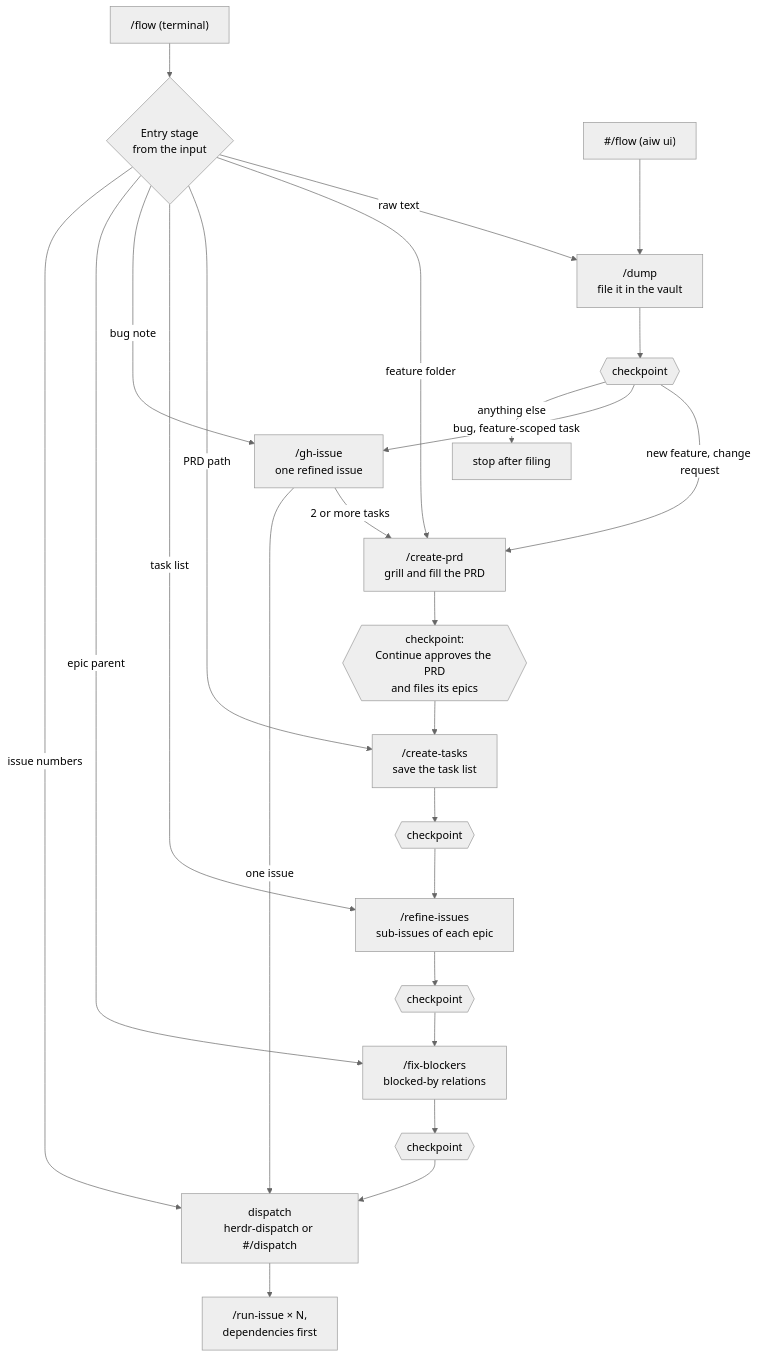
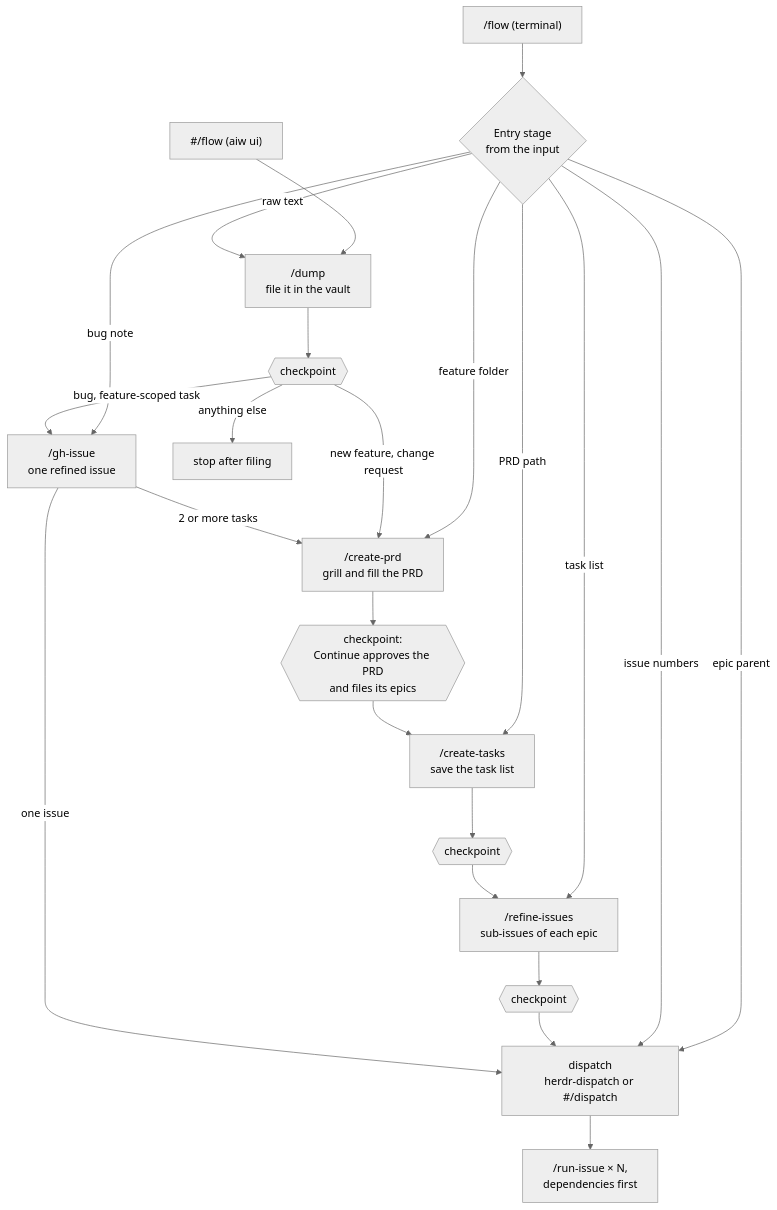
Before and after one commit to masnun-siam/ai-workflow: the third of 3 diagrams in docs/HOW-IT-WORKS.md, drawn with Mermaid (neutral theme). The commit also changed other lines of this file and 12 other files, not shown here.

First line of the commit message:
feat(flow): drop the Blockers step; refine-issues hands the epic to dispatch

````diff
--- a/docs/HOW-IT-WORKS.md
+++ b/docs/HOW-IT-WORKS.md
@@ -392,27 +392,25 @@
 ```mermaid
 flowchart TD
     CLI["/flow (terminal)"] --> E{"Entry stage<br/>from the input"}
     UI["#/flow (aiw ui)"] --> D
     E -->|raw text| D["/dump<br/>file it in the vault"]
     E -->|feature folder| P
     E -->|PRD path| T
     E -->|task list| G
     E -->|bug note| BG
-    E -->|epic parent| B
+    E -->|epic parent| X
     E -->|issue numbers| X
     D --> C1{{"checkpoint"}}
     C1 -->|new feature, change request| P["/create-prd<br/>grill and fill the PRD"]
     C1 -->|bug, feature-scoped task| BG["/gh-issue<br/>one refined issue"]
     C1 -->|anything else| S["stop after filing"]
     P --> C2{{"checkpoint:<br/>Continue approves the PRD<br/>and files its epics"}}
     C2 --> T["/create-tasks<br/>save the task list"]
     T --> C4{{"checkpoint"}}
     C4 --> G["/refine-issues<br/>sub-issues of each epic"]
     G --> C3{{"checkpoint"}}
-    C3 --> B["/fix-blockers<br/>blocked-by relations"]
+    C3 --> X["dispatch<br/>herdr-dispatch or #/dispatch"]
     BG -->|2 or more tasks| P
     BG -->|one issue| X
-    B --> C5{{"checkpoint"}}
-    C5 --> X["dispatch<br/>herdr-dispatch or #/dispatch"]
     X --> R["/run-issue × N,<br/>dependencies first"]
 ```
````
